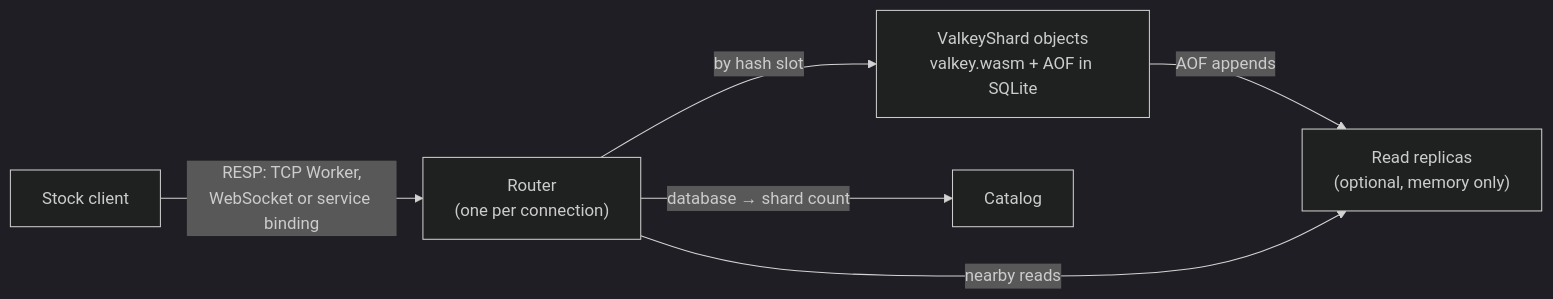
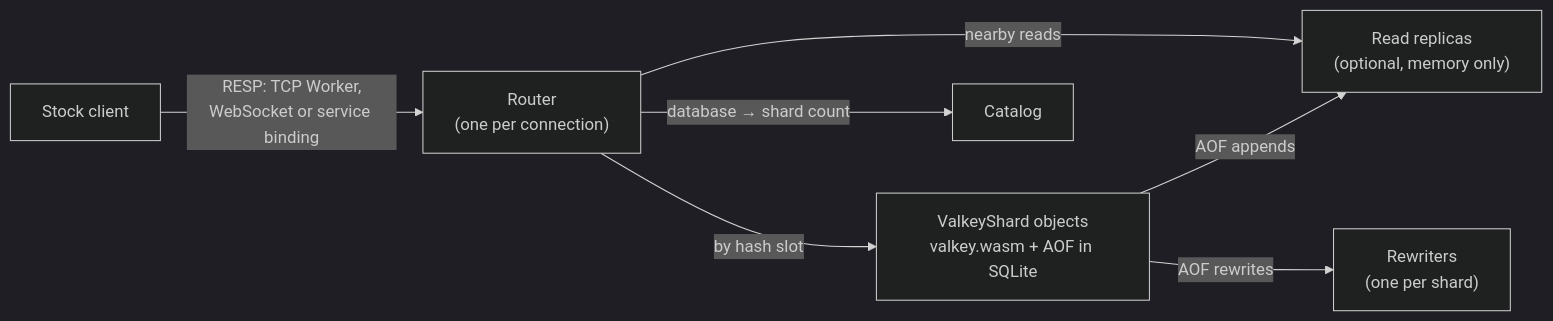
The diagram in README.md (vaishnav-mk/vado), drawn with Mermaid (dark theme) before and after one commit. The commit also changed other lines of this file, not shown here.

Commit message:
list rewriters, shard classes and config limits in the readme

````diff
--- a/README.md
+++ b/README.md
@@ -19,8 +22,9 @@
 ```mermaid
 flowchart LR
   client["Stock client"] -- "RESP: TCP Worker,<br/>WebSocket or service binding" --> router["Router<br/>(one per connection)"]
   router -- "by hash slot" --> shards["ValkeyShard objects<br/>valkey.wasm + AOF in SQLite"]
   shards -- "AOF appends" --> replicas["Read replicas<br/>(optional, memory only)"]
+  shards -- "AOF rewrites" --> rewriters["Rewriters<br/>(one per shard)"]
   router -- "nearby reads" --> replicas
   router -- "database → shard count" --> catalog["Catalog"]
 ```
````
